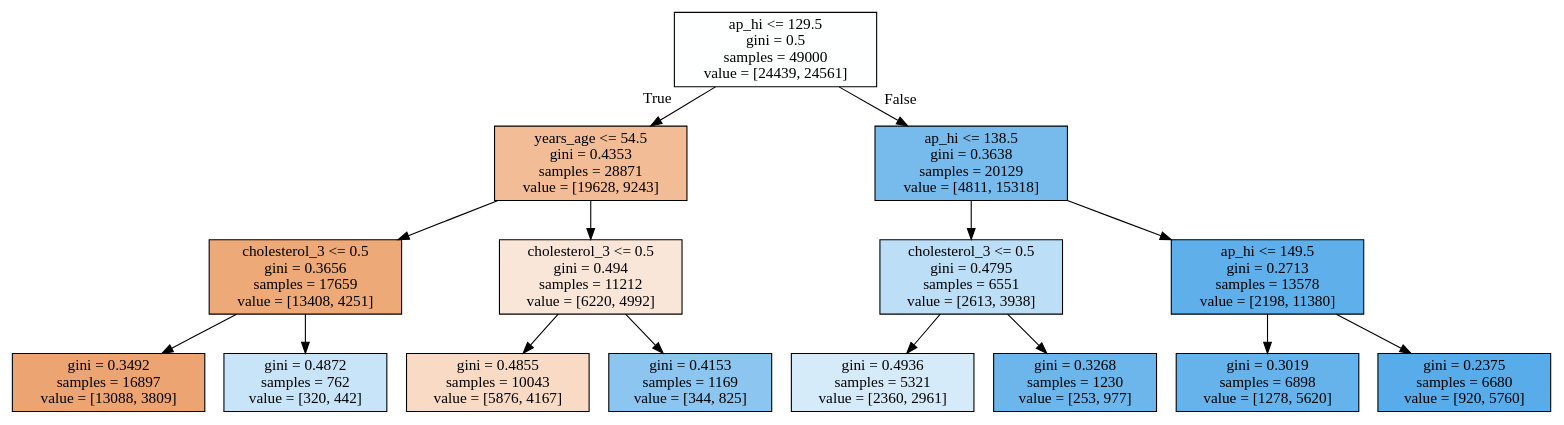
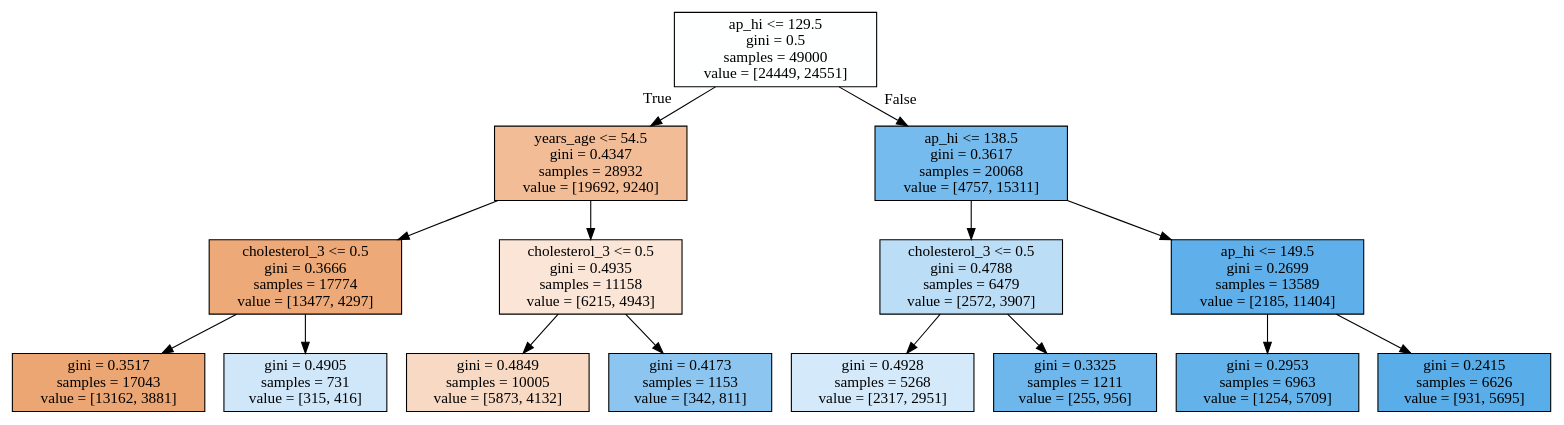
One commit to tarnenok/mlcourse_open changed the diagram in img/churn_tree.dot. Above: the diagram before and after it, drawn with Graphviz. The commit also changed 3 other files, not shown here.

```diff
--- a/img/churn_tree.dot
+++ b/img/churn_tree.dot
@@ -1,32 +1,32 @@
 digraph Tree {
 node [shape=box, style="filled", color="black"] ;
-0 [label="ap_hi <= 129.5\ngini = 0.5\nsamples = 49000\nvalue = [24439, 24561]", fillcolor="#399de501"] ;
-1 [label="years_age <= 54.5\ngini = 0.4353\nsamples = 28871\nvalue = [19628, 9243]", fillcolor="#e5813987"] ;
+0 [label="ap_hi <= 129.5\ngini = 0.5\nsamples = 49000\nvalue = [24449, 24551]", fillcolor="#399de501"] ;
+1 [label="years_age <= 54.5\ngini = 0.4347\nsamples = 28932\nvalue = [19692, 9240]", fillcolor="#e5813987"] ;
 0 -> 1 [labeldistance=2.5, labelangle=45, headlabel="True"] ;
-2 [label="cholesterol_3 <= 0.5\ngini = 0.3656\nsamples = 17659\nvalue = [13408, 4251]", fillcolor="#e58139ae"] ;
+2 [label="cholesterol_3 <= 0.5\ngini = 0.3666\nsamples = 17774\nvalue = [13477, 4297]", fillcolor="#e58139ae"] ;
 1 -> 2 ;
-3 [label="gini = 0.3492\nsamples = 16897\nvalue = [13088, 3809]", fillcolor="#e58139b5"] ;
+3 [label="gini = 0.3517\nsamples = 17043\nvalue = [13162, 3881]", fillcolor="#e58139b4"] ;
 2 -> 3 ;
-4 [label="gini = 0.4872\nsamples = 762\nvalue = [320, 442]", fillcolor="#399de546"] ;
+4 [label="gini = 0.4905\nsamples = 731\nvalue = [315, 416]", fillcolor="#399de53e"] ;
 2 -> 4 ;
-5 [label="cholesterol_3 <= 0.5\ngini = 0.494\nsamples = 11212\nvalue = [6220, 4992]", fillcolor="#e5813932"] ;
+5 [label="cholesterol_3 <= 0.5\ngini = 0.4935\nsamples = 11158\nvalue = [6215, 4943]", fillcolor="#e5813934"] ;
 1 -> 5 ;
-6 [label="gini = 0.4855\nsamples = 10043\nvalue = [5876, 4167]", fillcolor="#e581394a"] ;
+6 [label="gini = 0.4849\nsamples = 10005\nvalue = [5873, 4132]", fillcolor="#e581394c"] ;
 5 -> 6 ;
-7 [label="gini = 0.4153\nsamples = 1169\nvalue = [344, 825]", fillcolor="#399de595"] ;
+7 [label="gini = 0.4173\nsamples = 1153\nvalue = [342, 811]", fillcolor="#399de593"] ;
 5 -> 7 ;
-8 [label="ap_hi <= 138.5\ngini = 0.3638\nsamples = 20129\nvalue = [4811, 15318]", fillcolor="#399de5af"] ;
+8 [label="ap_hi <= 138.5\ngini = 0.3617\nsamples = 20068\nvalue = [4757, 15311]", fillcolor="#399de5b0"] ;
 0 -> 8 [labeldistance=2.5, labelangle=-45, headlabel="False"] ;
-9 [label="cholesterol_3 <= 0.5\ngini = 0.4795\nsamples = 6551\nvalue = [2613, 3938]", fillcolor="#399de556"] ;
+9 [label="cholesterol_3 <= 0.5\ngini = 0.4788\nsamples = 6479\nvalue = [2572, 3907]", fillcolor="#399de557"] ;
 8 -> 9 ;
-10 [label="gini = 0.4936\nsamples = 5321\nvalue = [2360, 2961]", fillcolor="#399de534"] ;
+10 [label="gini = 0.4928\nsamples = 5268\nvalue = [2317, 2951]", fillcolor="#399de537"] ;
 9 -> 10 ;
-11 [label="gini = 0.3268\nsamples = 1230\nvalue = [253, 977]", fillcolor="#399de5bd"] ;
+11 [label="gini = 0.3325\nsamples = 1211\nvalue = [255, 956]", fillcolor="#399de5bb"] ;
 9 -> 11 ;
-12 [label="ap_hi <= 149.5\ngini = 0.2713\nsamples = 13578\nvalue = [2198, 11380]", fillcolor="#399de5ce"] ;
+12 [label="ap_hi <= 149.5\ngini = 0.2699\nsamples = 13589\nvalue = [2185, 11404]", fillcolor="#399de5ce"] ;
 8 -> 12 ;
-13 [label="gini = 0.3019\nsamples = 6898\nvalue = [1278, 5620]", fillcolor="#399de5c5"] ;
+13 [label="gini = 0.2953\nsamples = 6963\nvalue = [1254, 5709]", fillcolor="#399de5c7"] ;
 12 -> 13 ;
-14 [label="gini = 0.2375\nsamples = 6680\nvalue = [920, 5760]", fillcolor="#399de5d6"] ;
+14 [label="gini = 0.2415\nsamples = 6626\nvalue = [931, 5695]", fillcolor="#399de5d5"] ;
 12 -> 14 ;
 }
```
